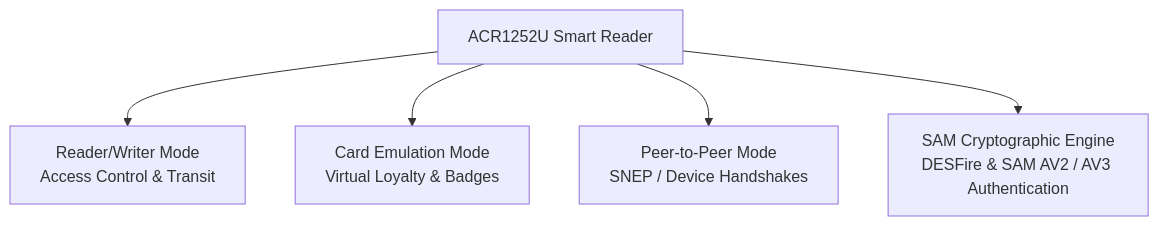
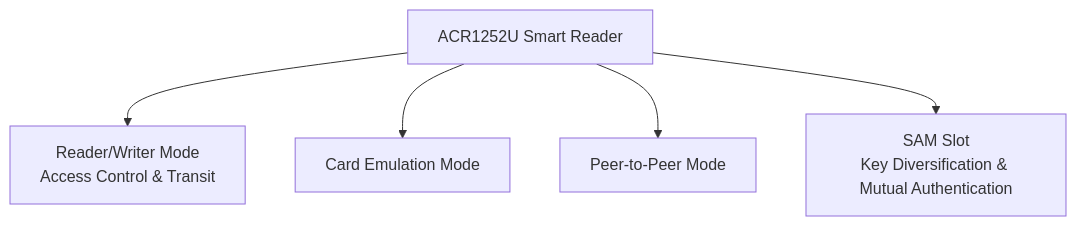
One commit to yopitek/yupitek-wiki changed the diagram in docs/05-acs/products/acr1252u/index.md. Above: the diagram before and after it, drawn with Mermaid. The commit also changed other lines of this file and 11 other files, not shown here.

````diff
--- a/docs/05-acs/products/acr1252u/index.md
+++ b/docs/05-acs/products/acr1252u/index.md
@@ -63,7 +62,7 @@
 ```mermaid
 flowchart TD
     A[ACR1252U Smart Reader] --> B[Reader/Writer Mode<br/>Access Control & Transit]
-    A --> C[Card Emulation Mode<br/>Virtual Loyalty & Badges]
-    A --> D[Peer-to-Peer Mode<br/>SNEP / Device Handshakes]
-    A --> E[SAM Cryptographic Engine<br/>DESFire & SAM AV2 / AV3 Authentication]
+    A --> C[Card Emulation Mode]
+    A --> D[Peer-to-Peer Mode]
+    A --> E[SAM Slot<br/>Key Diversification & Mutual Authentication]
 ```
````
